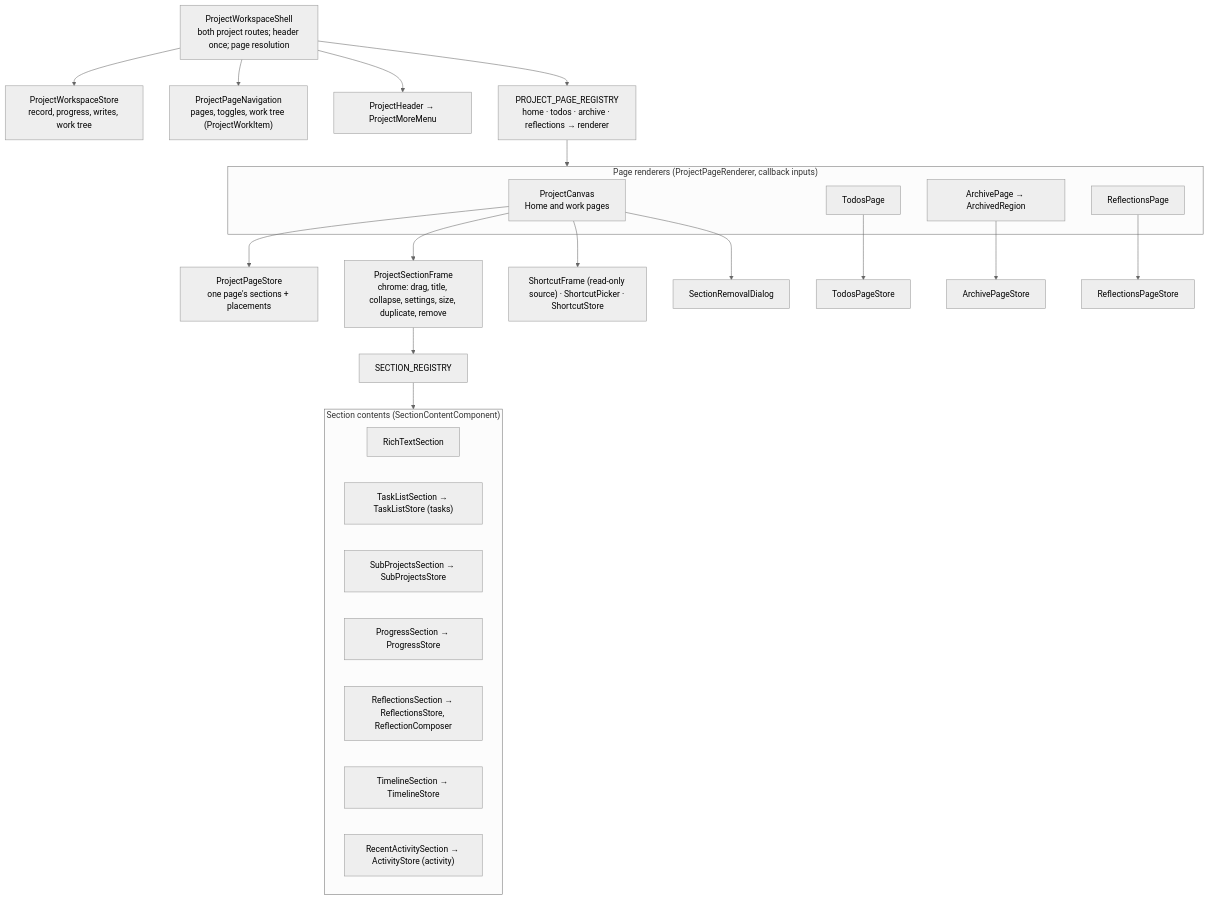
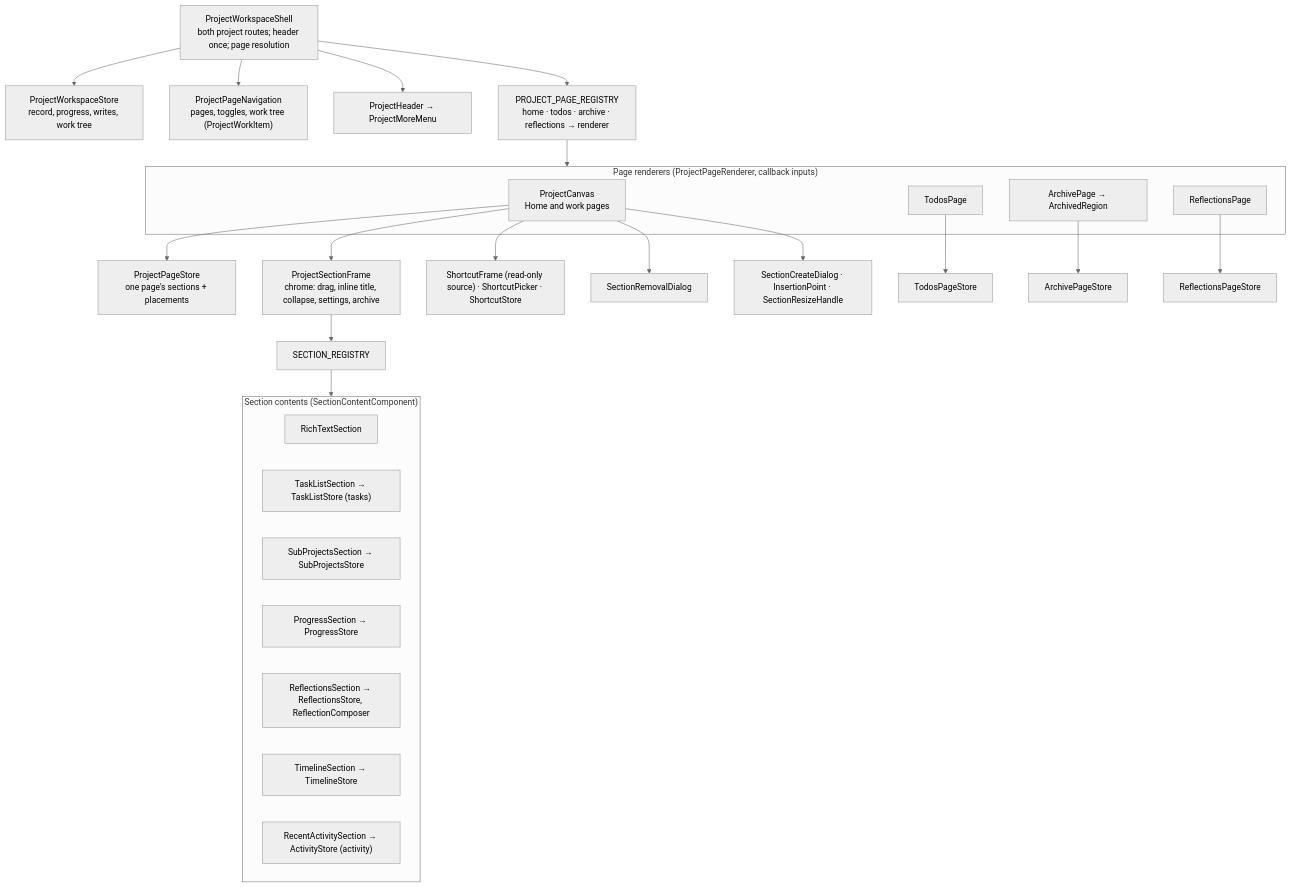
One commit to CalciteDragon/Canvas-work-manager-prototype changed the first of 2 diagrams in docs/architecture/web/projects/what.md. Above: the diagram before and after it, drawn with Mermaid (neutral theme). The commit also changed other lines of this file and 74 other files, not shown here.

````diff
--- a/docs/architecture/web/projects/what.md
+++ b/docs/architecture/web/projects/what.md
@@ -5,42 +5,44 @@
 ```mermaid
 flowchart TB
   shell["ProjectWorkspaceShell<br/>both project routes; header once; page resolution"]
   wstore["ProjectWorkspaceStore<br/>record, progress, writes, work tree"]
   nav["ProjectPageNavigation<br/>pages, toggles, work tree (ProjectWorkItem)"]
   header["ProjectHeader → ProjectMoreMenu"]
   reg["PROJECT_PAGE_REGISTRY<br/>home · todos · archive · reflections → renderer"]
   subgraph renderers["Page renderers (ProjectPageRenderer, callback inputs)"]
     canvas["ProjectCanvas<br/>Home and work pages"]
     todos["TodosPage"]
     archive["ArchivePage → ArchivedRegion"]
     refl["ReflectionsPage"]
   end
   pstore["ProjectPageStore<br/>one page's sections + placements"]
   tstore["TodosPageStore"]
   astore["ArchivePageStore"]
   rstore["ReflectionsPageStore"]
-  frame["ProjectSectionFrame<br/>chrome: drag, title, collapse, settings, size, duplicate, remove"]
+  frame["ProjectSectionFrame<br/>chrome: drag, inline title, collapse, settings, archive"]
   sreg["SECTION_REGISTRY"]
   subgraph sections["Section contents (SectionContentComponent)"]
     rt["RichTextSection"]
     tl["TaskListSection → TaskListStore (tasks)"]
     sp["SubProjectsSection → SubProjectsStore"]
     pg["ProgressSection → ProgressStore"]
     rf["ReflectionsSection → ReflectionsStore, ReflectionComposer"]
     tm["TimelineSection → TimelineStore"]
     ra["RecentActivitySection → ActivityStore (activity)"]
   end
   sc["ShortcutFrame (read-only source) · ShortcutPicker · ShortcutStore"]
   dialog["SectionRemovalDialog"]
+  create["SectionCreateDialog · InsertionPoint · SectionResizeHandle"]
   shell --> wstore
   shell --> nav
   shell --> header
   shell --> reg --> renderers
   canvas --> pstore
   todos --> tstore
   archive --> astore
   refl --> rstore
   canvas --> frame --> sreg --> sections
   canvas --> sc
   canvas --> dialog
+  canvas --> create
 ```
````
